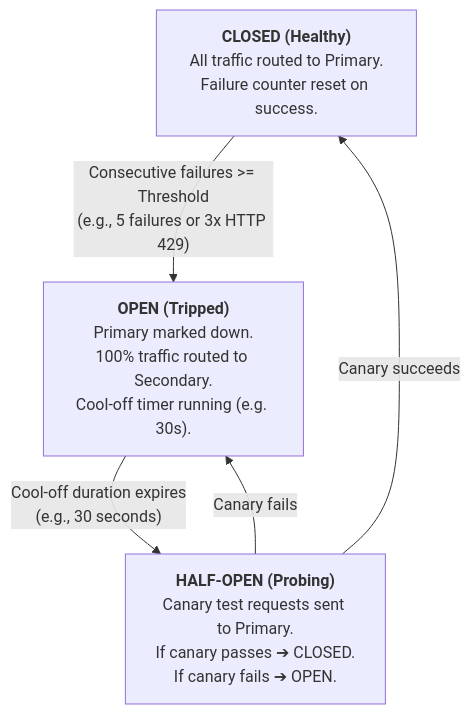
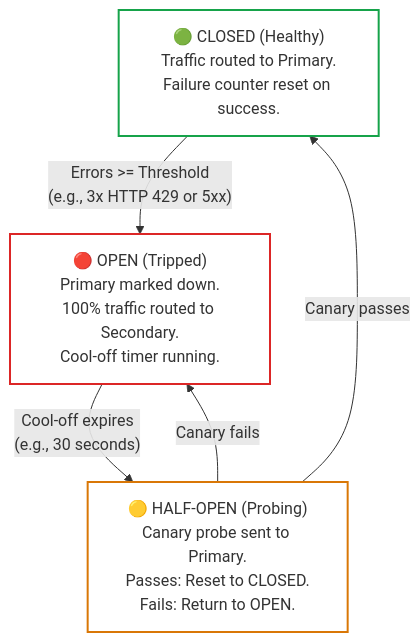
Before and after one commit to dip4k/senior-engineer-to-ai-engineer-roadmap: the first of 2 diagrams in 07-production-deployment-and-llmops/01-resilient-ai-gateways-and-rate-limiting.md, drawn with Mermaid. The commit also changed other lines of this file and 49 other files, not shown here.

First line of the commit message:
feat(curriculum): complete 2026 refactoring across roadmaps, use-cases, labs, and agent-forge

````diff
--- a/07-production-deployment-and-llmops/01-resilient-ai-gateways-and-rate-limiting.md
+++ b/07-production-deployment-and-llmops/01-resilient-ai-gateways-and-rate-limiting.md
@@ -89,11 +69,15 @@
 ```mermaid
 flowchart TD
-    Closed["<b>CLOSED (Healthy)</b><br/>All traffic routed to Primary.<br/>Failure counter reset on success."]
-    Open["<b>OPEN (Tripped)</b><br/>Primary marked down.<br/>100% traffic routed to Secondary.<br/>Cool-off timer running (e.g. 30s)."]
-    HalfOpen["<b>HALF-OPEN (Probing)</b><br/>Canary test requests sent to Primary.<br/>If canary passes ➔ CLOSED.<br/>If canary fails ➔ OPEN."]
+    Closed["🟢 CLOSED (Healthy)<br/>Traffic routed to Primary.<br/>Failure counter reset on success."]
+    Open["🔴 OPEN (Tripped)<br/>Primary marked down.<br/>100% traffic routed to Secondary.<br/>Cool-off timer running."]
+    HalfOpen["🟡 HALF-OPEN (Probing)<br/>Canary probe sent to Primary.<br/>Passes: Reset to CLOSED.<br/>Fails: Return to OPEN."]
 
-    Closed -->|"Consecutive failures >= Threshold<br/>(e.g., 5 failures or 3x HTTP 429)"| Open
-    Open -->|"Cool-off duration expires<br/>(e.g., 30 seconds)"| HalfOpen
-    HalfOpen -->|"Canary succeeds"| Closed
+    Closed -->|"Errors >= Threshold<br/>(e.g., 3x HTTP 429 or 5xx)"| Open
+    Open -->|"Cool-off expires<br/>(e.g., 30 seconds)"| HalfOpen
+    HalfOpen -->|"Canary passes"| Closed
     HalfOpen -->|"Canary fails"| Open
+
+    style Closed stroke:#16a34a,stroke-width:2px,fill:none
+    style Open stroke:#dc2626,stroke-width:2px,fill:none
+    style HalfOpen stroke:#d97706,stroke-width:2px,fill:none
 ```
````
